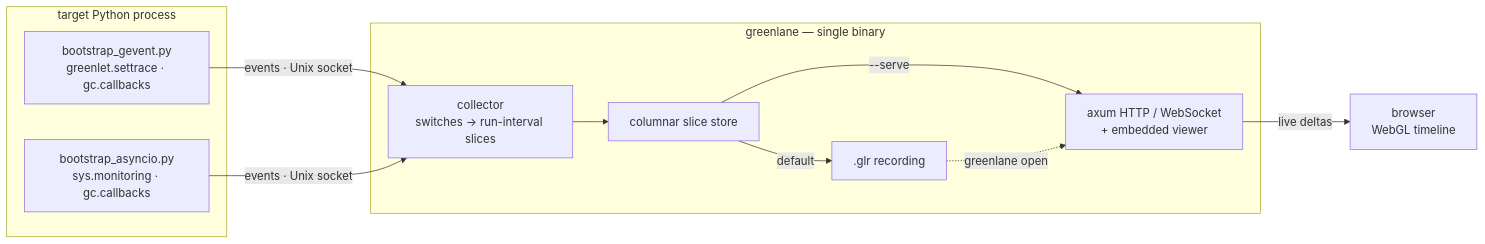
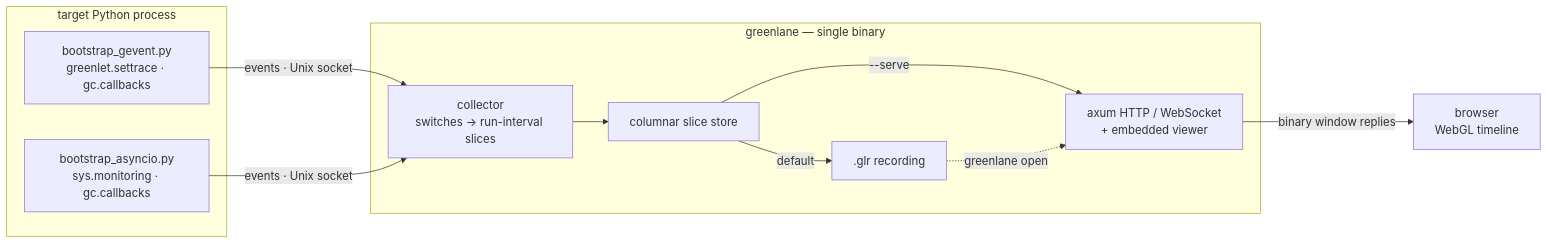
Before and after one commit to mermoldy/greenlane: the first of 2 diagrams in docs/architecture.md, drawn with Mermaid. The commit also changed other lines of this file and 36 other files, not shown here.

````diff
--- a/docs/architecture.md
+++ b/docs/architecture.md
@@ -15,22 +15,22 @@
 ```mermaid
 flowchart LR
     subgraph T["target Python process"]
         G["bootstrap_gevent.py<br/>greenlet.settrace · gc.callbacks"]
         A["bootstrap_asyncio.py<br/>sys.monitoring · gc.callbacks"]
     end
     subgraph GL["greenlane — single binary"]
         COL["collector<br/>switches → run-interval slices"]
         ST["columnar slice store"]
         SRV["axum HTTP / WebSocket<br/>+ embedded viewer"]
         GLR[".glr recording"]
     end
     BR["browser<br/>WebGL timeline"]
 
     G -->|"events · Unix socket"| COL
     A -->|"events · Unix socket"| COL
     COL --> ST
     ST -->|"--serve"| SRV
     ST -->|"default"| GLR
-    SRV -->|"live deltas"| BR
+    SRV -->|"binary window replies"| BR
     GLR -.->|"greenlane open"| SRV
 ```
````
